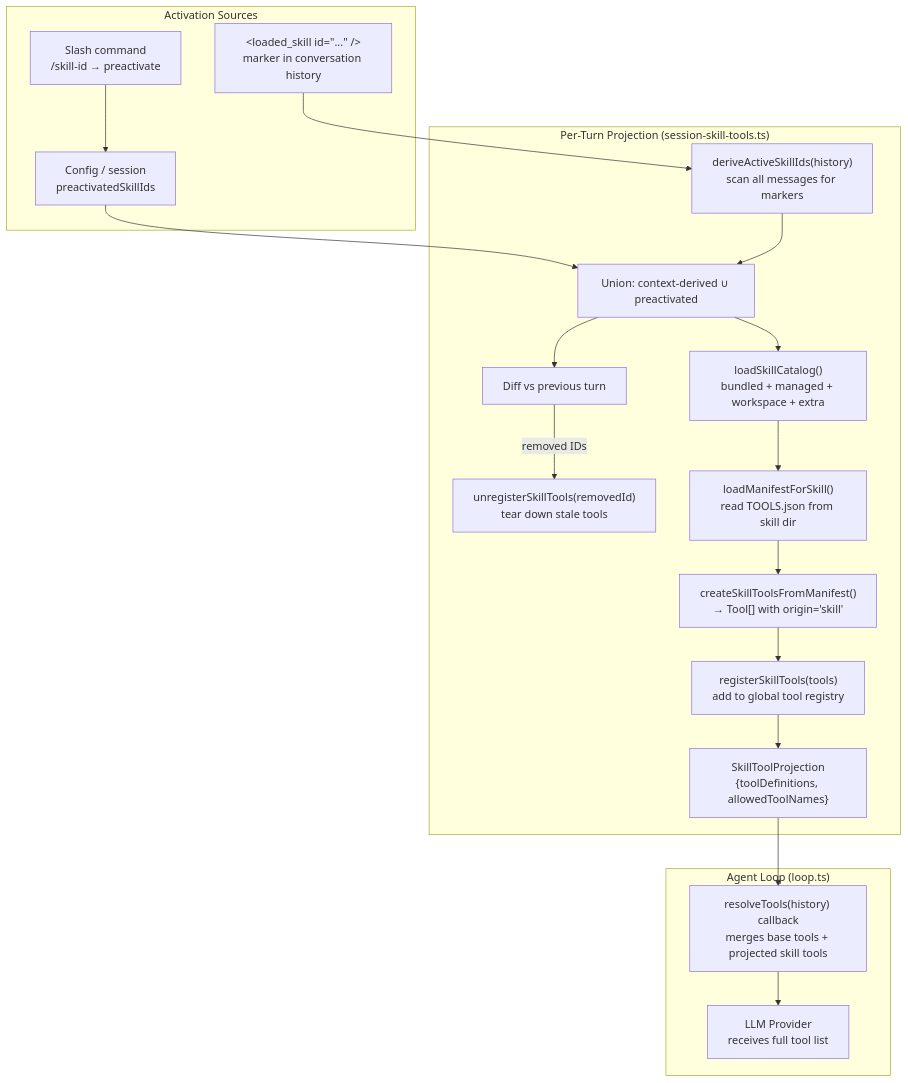
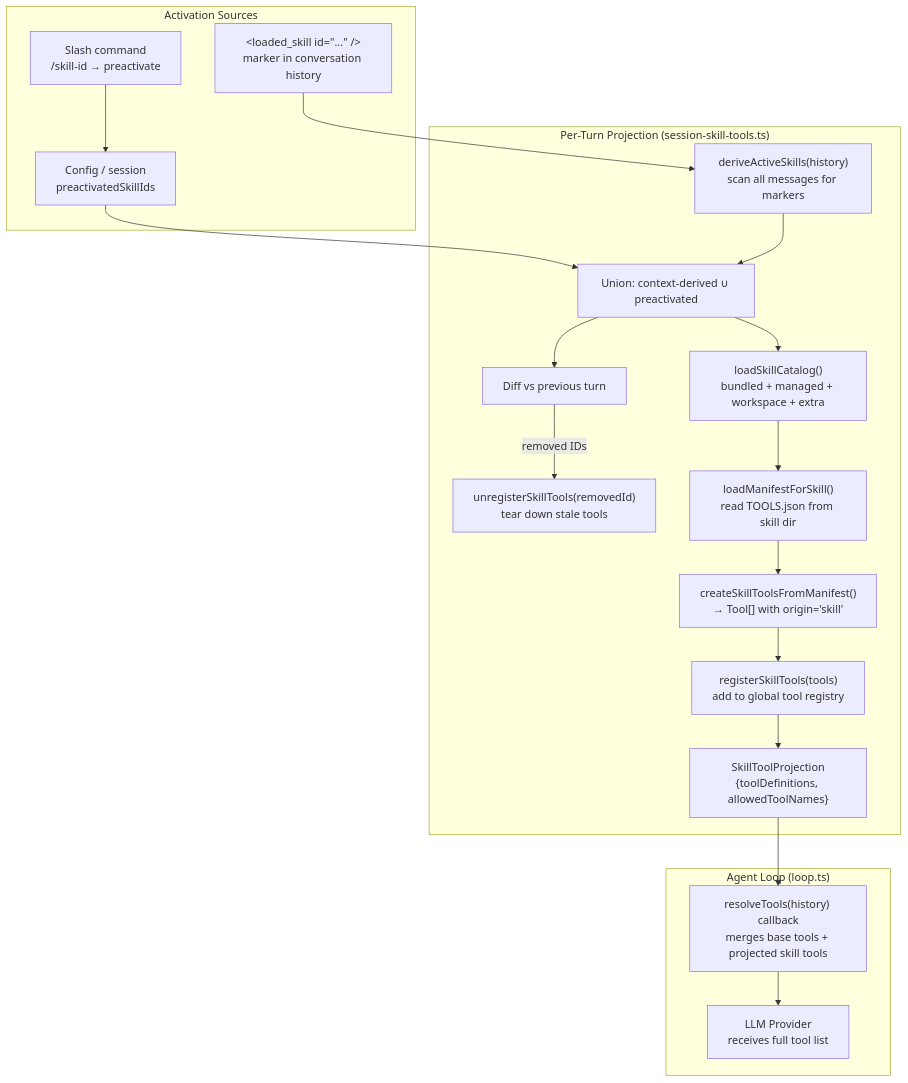
One commit to vellum-ai/vellum-assistant changed diagram 13 of 20 in assistant/ARCHITECTURE.md. Above: the diagram before and after it, drawn with Mermaid. The commit also changed other lines of this file and 1 other file, not shown here.

Commit message:
fix: update ARCHITECTURE.md references from deriveActiveSkillIds to deriveActiveSkills

````diff
--- a/assistant/ARCHITECTURE.md
+++ b/assistant/ARCHITECTURE.md
@@ -1419,39 +1419,39 @@
 ```mermaid
 graph TB
     subgraph "Activation Sources"
         SLASH["Slash command<br/>/skill-id → preactivate"]
         MARKER["&lt;loaded_skill id=&quot;...&quot; /&gt;<br/>marker in conversation history"]
         CONFIG["Config / session<br/>preactivatedSkillIds"]
     end
 
     subgraph "Per-Turn Projection (session-skill-tools.ts)"
-        DERIVE["deriveActiveSkillIds(history)<br/>scan all messages for markers"]
+        DERIVE["deriveActiveSkills(history)<br/>scan all messages for markers"]
         UNION["Union: context-derived ∪ preactivated"]
         DIFF["Diff vs previous turn"]
         UNREGISTER["unregisterSkillTools(removedId)<br/>tear down stale tools"]
         CATALOG["loadSkillCatalog()<br/>bundled + managed + workspace + extra"]
         LOAD_MANIFEST["loadManifestForSkill()<br/>read TOOLS.json from skill dir"]
         FACTORY["createSkillToolsFromManifest()<br/>→ Tool[] with origin='skill'"]
         REGISTER["registerSkillTools(tools)<br/>add to global tool registry"]
         PROJECTION["SkillToolProjection<br/>{toolDefinitions, allowedToolNames}"]
     end
 
     subgraph "Agent Loop (loop.ts)"
         RESOLVE["resolveTools(history) callback<br/>merges base tools + projected skill tools"]
         PROVIDER["LLM Provider<br/>receives full tool list"]
     end
 
     SLASH --> CONFIG
     MARKER --> DERIVE
     CONFIG --> UNION
     DERIVE --> UNION
     UNION --> DIFF
     DIFF -->|"removed IDs"| UNREGISTER
     UNION --> CATALOG
     CATALOG --> LOAD_MANIFEST
     LOAD_MANIFEST --> FACTORY
     FACTORY --> REGISTER
     REGISTER --> PROJECTION
     PROJECTION --> RESOLVE
     RESOLVE --> PROVIDER
 ```
````
